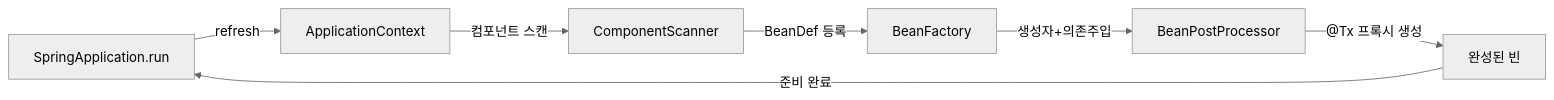
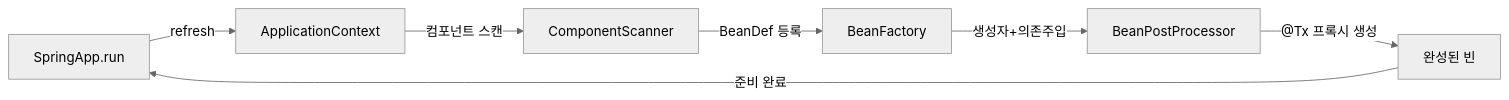
Before and after one commit to yjkim2015/yjkim2015.github.io: the third of 4 diagrams in _posts/spring/2026-05-12-spring-annotations.md, drawn with Mermaid (neutral theme). The commit also changed other lines of this file and 245 other files, not shown here.

First line of the commit message:
Mermaid 다이어그램 전면 수정 + 면접 포인트 접기/펼치기 + DB 데드락 페이지

````diff
--- a/_posts/spring/2026-05-12-spring-annotations.md
+++ b/_posts/spring/2026-05-12-spring-annotations.md
@@ -518,9 +518,9 @@
 ```mermaid
 graph LR
-    BOOT["SpringApplication.run"] -->|"refresh"| CTX["ApplicationContext"]
+    BOOT["SpringApp.run"] -->|"refresh"| CTX["ApplicationContext"]
     CTX -->|"컴포넌트 스캔"| SCAN["ComponentScanner"]
     SCAN -->|"BeanDef 등록"| FAC["BeanFactory"]
     FAC -->|"생성자+의존주입"| BPP["BeanPostProcessor"]
     BPP -->|"@Tx 프록시 생성"| BEAN["완성된 빈"]
     BEAN -->|"준비 완료"| BOOT
 ```
````
